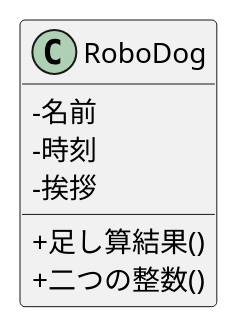
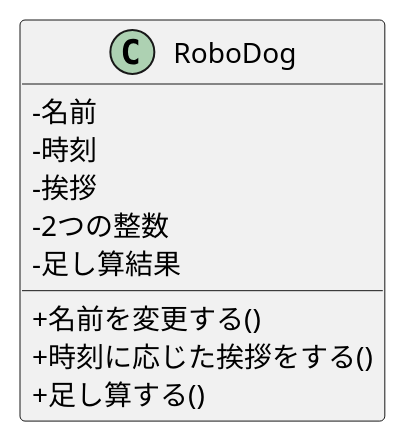
Before and after one commit to Yuseiokamoto/ohara_uml: the diagram in 06_robo_dog/class.pu, drawn with PlantUML.

```diff
--- a/06_robo_dog/class.pu
+++ b/06_robo_dog/class.pu
@@ -1,11 +1,16 @@
 @startuml
 skinparam classAttributeIconSize 0
 class RoboDog {
+ '属性
  -名前
  -時刻
  -挨拶
- +足し算結果()
- +二つの整数()
+ -2つの整数
+ -足し算結果
+ '操作
+ +名前を変更する()
+ +時刻に応じた挨拶をする()
+ +足し算する()
 }
 
 @enduml
```
